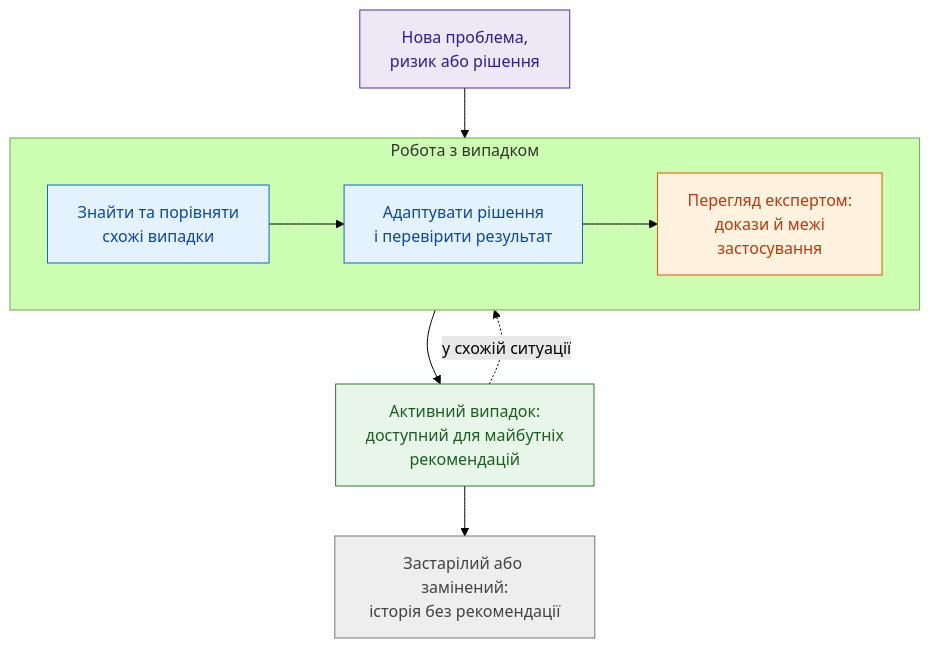
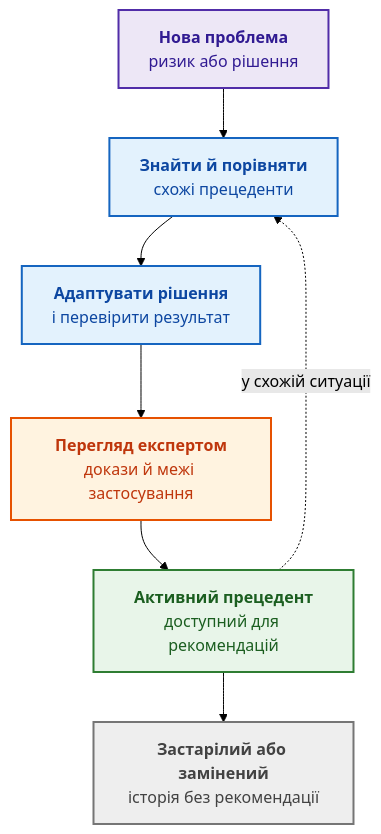
One commit to nick-fedchik/articles changed the third of 5 diagrams in ExpertSystem/ch07-knowledge-base-typology.md. Above: the diagram before and after it, drawn with Mermaid (forest theme). The commit also changed other lines of this file, not shown here.

````diff
--- a/ExpertSystem/ch07-knowledge-base-typology.md
+++ b/ExpertSystem/ch07-knowledge-base-typology.md
@@ -620,34 +467,24 @@
 ```mermaid
 flowchart TB
-    accTitle: Життєвий цикл інженерного випадку в CBR
-    accDescr: Етапи пошуку, адаптації, перегляду експертом, активного використання та архівування випадку.
+    accTitle: Шлях інженерного прецеденту
+    accDescr: Нова проблема приводить до пошуку й порівняння прецедентів, адаптації й перевірки, перегляду експертом, після чого прецедент стає активним, а згодом застарілим.
 
-    New["Нова проблема,<br/>ризик або рішення"]
-    CBR["Знайти та порівняти<br/>схожі випадки"]
-    Verify["Адаптувати рішення<br/>і перевірити результат"]
-    Review["Перегляд експертом:<br/>докази й межі<br/>застосування"]
-    Active["Активний випадок:<br/>доступний для майбутніх<br/>рекомендацій"]
-    Stale["Застарілий або замінений:<br/>історія без рекомендації"]
-
-    subgraph Work["Робота з випадком"]
-        direction LR
-        CBR --> Verify --> Review
-    end
-
-    New --> CBR
-    Review --> Active
-    Active --> Stale
+    New["<b>Нова проблема</b><br/>ризик або рішення"] --> CBR["<b>Знайти й порівняти</b><br/>схожі прецеденти"]
+    CBR --> Verify["<b>Адаптувати рішення</b><br/>і перевірити результат"]
+    Verify --> Review["<b>Перегляд експертом</b><br/>докази й межі застосування"]
+    Review --> Active["<b>Активний прецедент</b><br/>доступний для рекомендацій"]
+    Active --> Stale["<b>Застарілий або замінений</b><br/>історія без рекомендації"]
     Active -.->|"у схожій ситуації"| CBR
 
-    classDef new fill:#ede7f6,stroke:#512da8,color:#311b92;
-    classDef step fill:#e3f2fd,stroke:#1565c0,color:#0d47a1;
-    classDef review fill:#fff3e0,stroke:#e65100,color:#bf360c;
-    classDef active fill:#e8f5e9,stroke:#2e7d32,color:#1b5e20;
-    classDef stale fill:#eeeeee,stroke:#757575,color:#424242;
+    classDef new fill:#ede7f6,stroke:#512da8,stroke-width:2px,color:#311b92;
+    classDef step fill:#e3f2fd,stroke:#1565c0,stroke-width:2px,color:#0d47a1;
+    classDef review fill:#fff3e0,stroke:#e65100,stroke-width:2px,color:#bf360c;
+    classDef active fill:#e8f5e9,stroke:#2e7d32,stroke-width:2px,color:#1b5e20;
+    classDef stale fill:#eeeeee,stroke:#757575,stroke-width:2px,color:#424242;
 
     class New new;
     class CBR,Verify step;
     class Review review;
     class Active active;
     class Stale stale;
 ```
````
